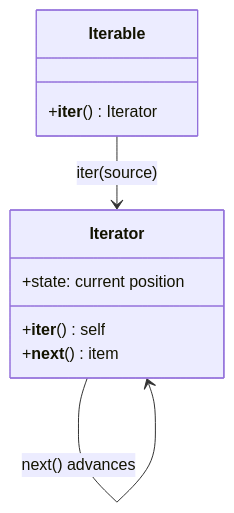
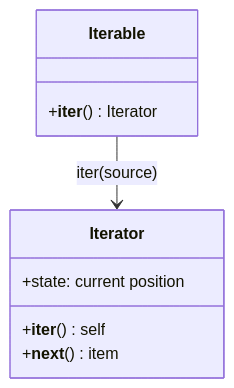
Before and after one commit to michaeliu3/atlas-academy-python-cs: the fourth of 10 diagrams in content/modules/07_stacks_queues_iteration_lazy.md, drawn with Mermaid. The commit also changed other lines of this file and 8 other files, not shown here.

````diff
--- a/content/modules/07_stacks_queues_iteration_lazy.md
+++ b/content/modules/07_stacks_queues_iteration_lazy.md
@@ -349,13 +358,15 @@
 ```mermaid
+%% atlas-diagram-id: m07-iterable-iterator-protocol
+%% atlas-diagram-title: An iterable provides an iterator whose cursor advances when next is requested
+%% atlas-diagram-alt: Calling iter on an iterable obtains an iterator. The iterator returns itself from __iter__, retains the current position, returns one item from __next__, and eventually signals exhaustion with StopIteration; these are behavioral protocols, not inheritance.
 classDiagram
     class Iterable {
       +__iter__() Iterator
     }
     class Iterator {
       +__iter__() self
       +__next__() item
       +state: current position
     }
     Iterable --> Iterator : iter(source)
-    Iterator --> Iterator : next() advances
 ```
````
